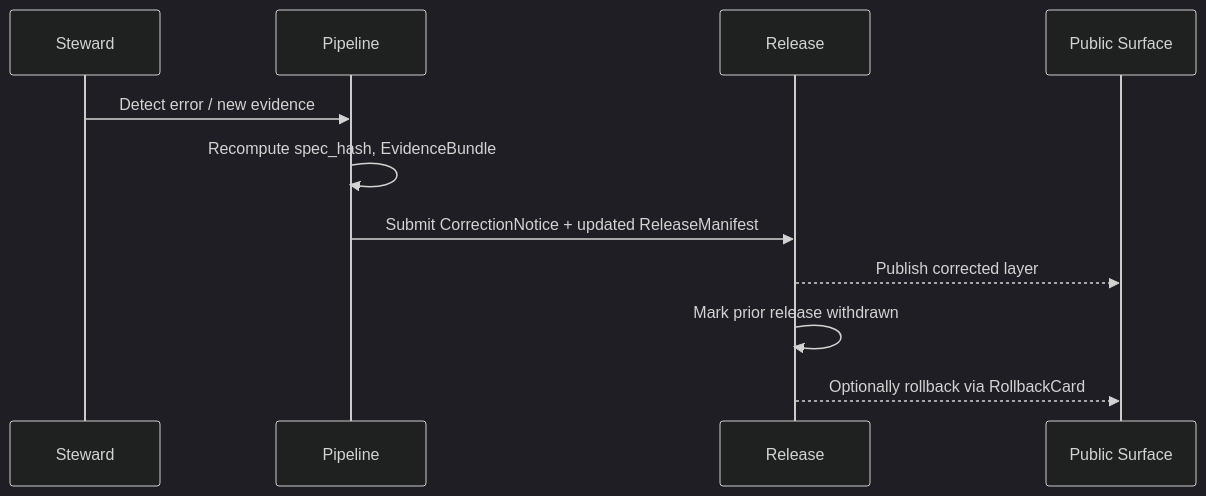
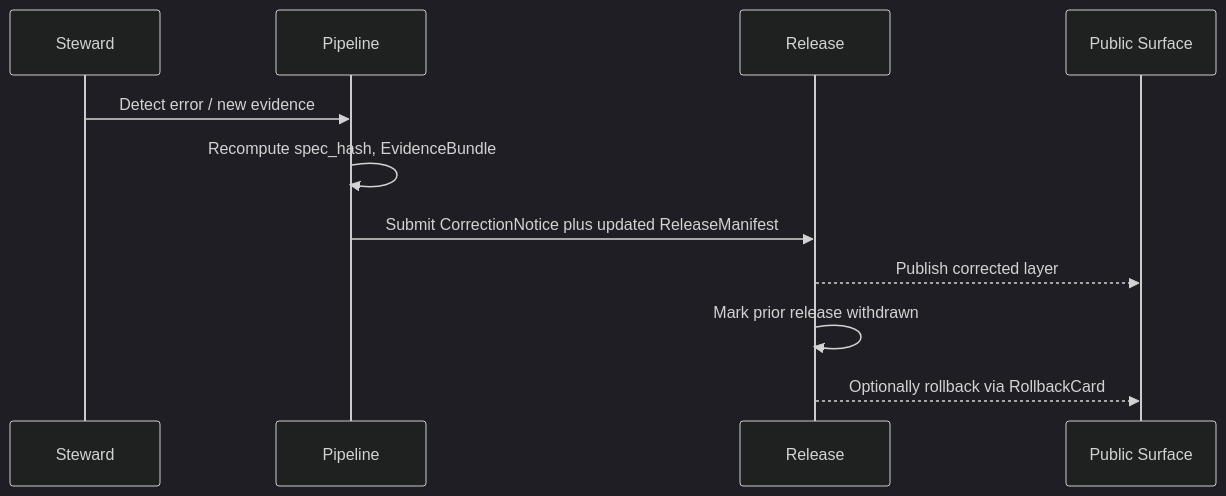
Before and after one commit to bartytime4life/Kansas-Frontier-Matrix: the second of 2 diagrams in docs/domains/hydrology/DATA_LIFECYCLE.md, drawn with Mermaid (dark theme). The commit also changed other lines of this file, not shown here.

````diff
--- a/docs/domains/hydrology/DATA_LIFECYCLE.md
+++ b/docs/domains/hydrology/DATA_LIFECYCLE.md
@@ -351,13 +365,13 @@
 ```mermaid
 sequenceDiagram
     participant S as Steward
     participant P as Pipeline
     participant R as Release
     participant U as Public Surface
     S->>P: Detect error / new evidence
     P->>P: Recompute spec_hash, EvidenceBundle
-    P->>R: Submit CorrectionNotice + updated ReleaseManifest
+    P->>R: Submit CorrectionNotice plus updated ReleaseManifest
     R-->>U: Publish corrected layer
     R->>R: Mark prior release withdrawn
     R-->>U: Optionally rollback via RollbackCard
 ```
````
